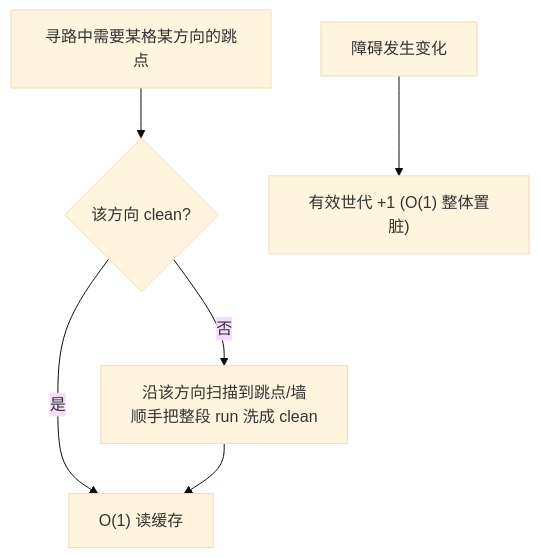
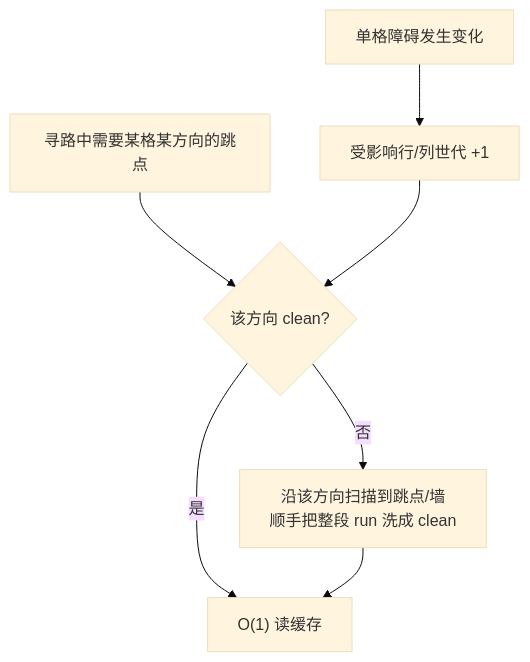
One commit to qiqian/JPS changed the second of 6 diagrams in README.md. Above: the diagram before and after it, drawn with Mermaid (base theme). The commit also changed other lines of this file, not shown here.

````diff
--- a/README.md
+++ b/README.md
@@ -183,8 +192,9 @@
 ```mermaid
 flowchart TD
     Q["寻路中需要某格某方向的跳点"] --> C{该方向 clean?}
     C -->|是| R["O(1) 读缓存"]
     C -->|否| Scan["沿该方向扫描到跳点/墙<br/>顺手把整段 run 洗成 clean"]
     Scan --> R
-    E["障碍发生变化"] --> G["有效世代 +1 (O(1) 整体置脏)"]
+    E["单格障碍发生变化"] --> G["受影响行/列世代 +1"]
+    G --> C
 ```
````
